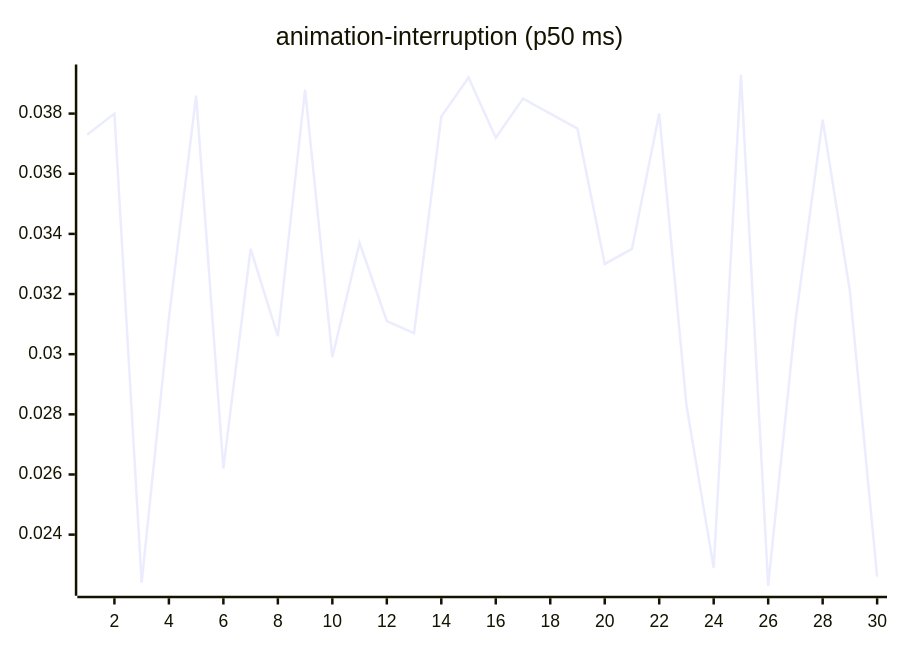
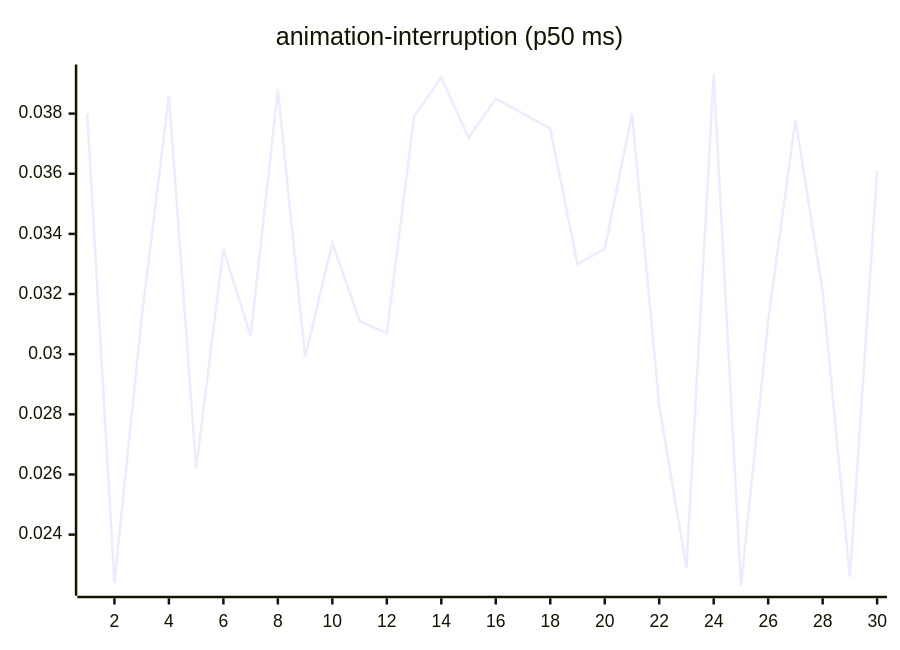
Before and after one commit to josha/Facet: the third of 27 diagrams in README.md, drawn with Mermaid. The commit also changed other lines of this file and 2 other files, not shown here.

````diff
--- a/README.md
+++ b/README.md
@@ -77,6 +77,6 @@
 ```mermaid
 xychart-beta
     title "animation-interruption (p50 ms)"
     x-axis 1 --> 30
-    line [0.0373, 0.0380, 0.0224, 0.0312, 0.0386, 0.0262, 0.0335, 0.0306, 0.0388, 0.0299, 0.0337, 0.0311, 0.0307, 0.0379, 0.0392, 0.0372, 0.0385, 0.0380, 0.0375, 0.0330, 0.0335, 0.0380, 0.0283, 0.0229, 0.0393, 0.0223, 0.0311, 0.0378, 0.0321, 0.0226]
+    line [0.0380, 0.0224, 0.0312, 0.0386, 0.0262, 0.0335, 0.0306, 0.0388, 0.0299, 0.0337, 0.0311, 0.0307, 0.0379, 0.0392, 0.0372, 0.0385, 0.0380, 0.0375, 0.0330, 0.0335, 0.0380, 0.0283, 0.0229, 0.0393, 0.0223, 0.0311, 0.0378, 0.0321, 0.0226, 0.0361]
 ```
````
